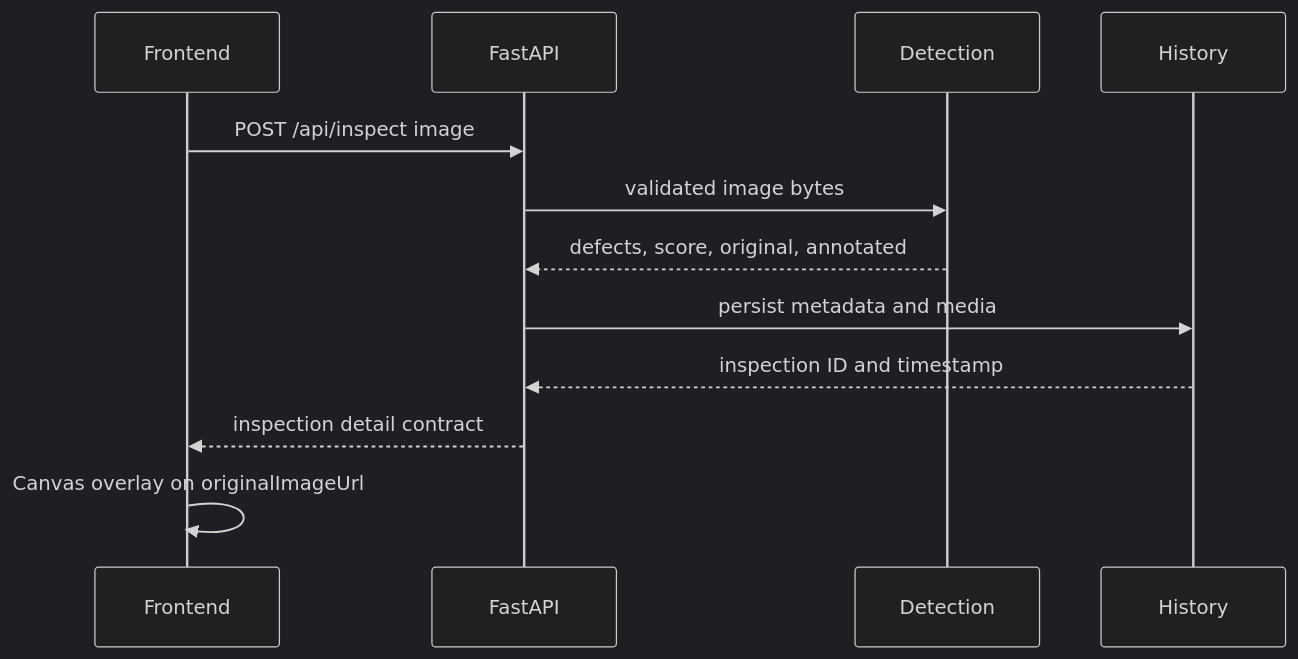
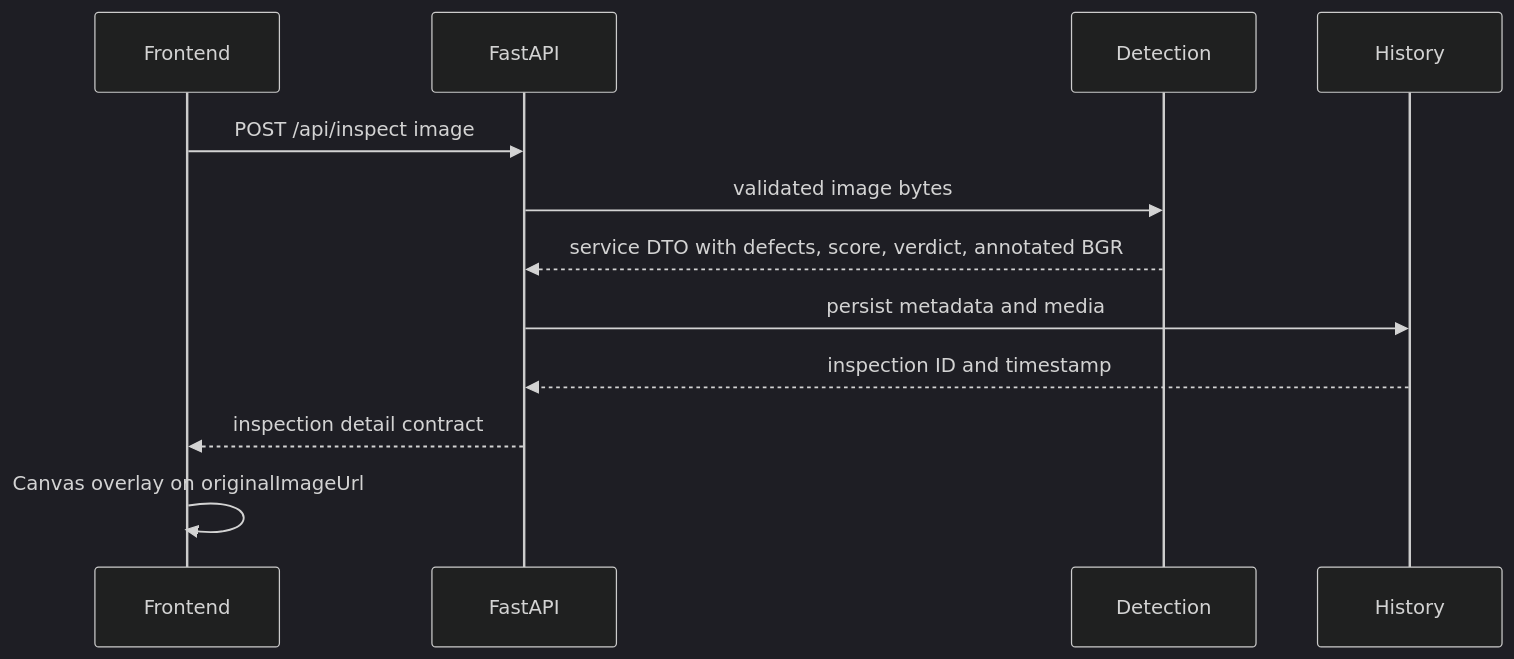
One commit to legion2440/inspect-vision changed the second of 2 diagrams in ARCHITECTURE.md. Above: the diagram before and after it, drawn with Mermaid (dark theme). The commit also changed other lines of this file and 44 other files, not shown here.

````diff
--- a/ARCHITECTURE.md
+++ b/ARCHITECTURE.md
@@ -88,14 +94,14 @@
 ```mermaid
 sequenceDiagram
     participant UI as Frontend
     participant API as FastAPI
     participant CV as Detection
     participant DB as History
     UI->>API: POST /api/inspect image
     API->>CV: validated image bytes
-    CV-->>API: defects, score, original, annotated
+    CV-->>API: service DTO with defects, score, verdict, annotated BGR
     API->>DB: persist metadata and media
     DB-->>API: inspection ID and timestamp
     API-->>UI: inspection detail contract
     UI->>UI: Canvas overlay on originalImageUrl
 ```
````
